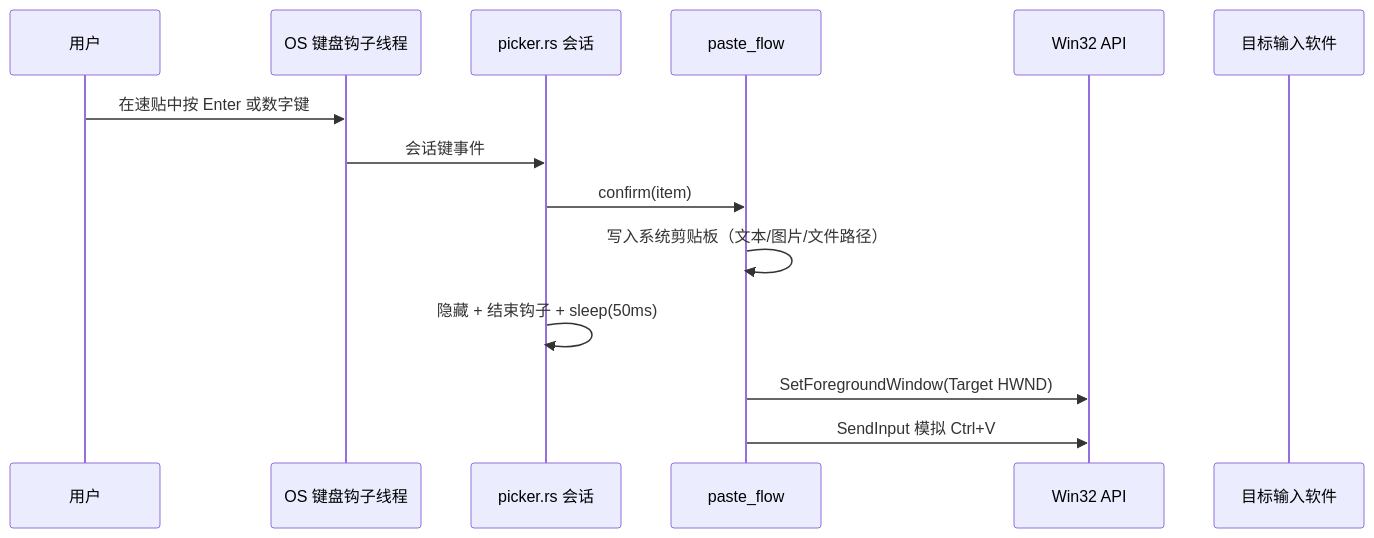
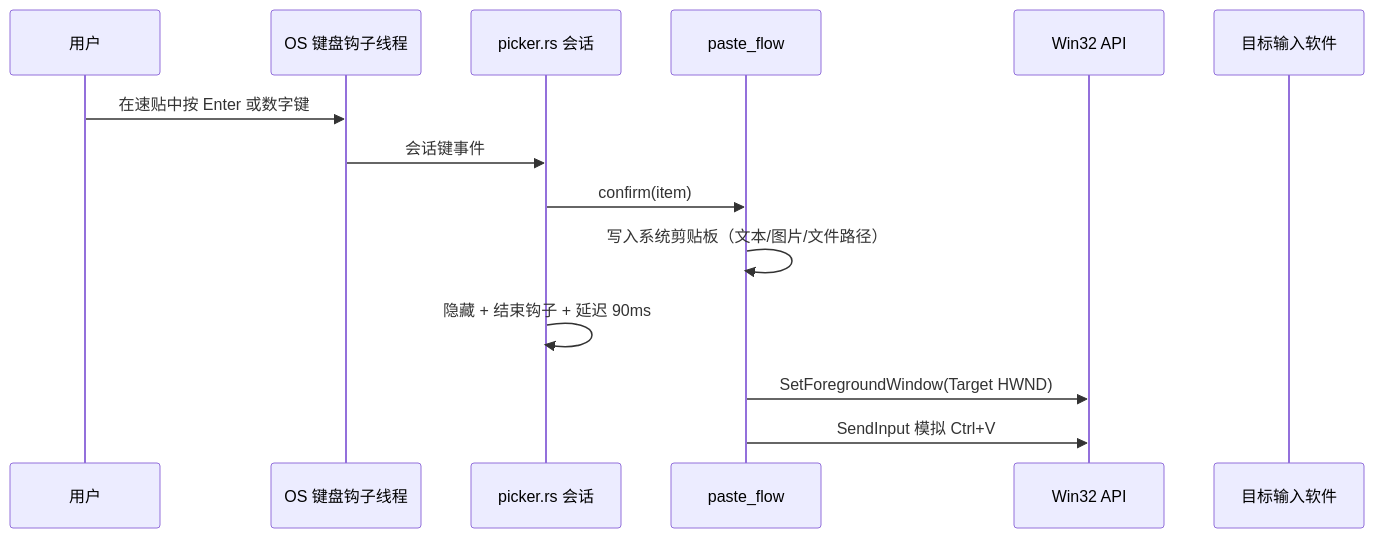
The second of 2 diagrams in docs/no-focus-picker.md (tranquil-w/floatpaste), drawn with Mermaid before and after one commit. The commit also changed other lines of this file and 7 other files, not shown here.

````diff
--- a/docs/no-focus-picker.md
+++ b/docs/no-focus-picker.md
@@ -66,17 +63,17 @@
 ```mermaid
 sequenceDiagram
     participant User as 用户
     participant Hook as OS 键盘钩子线程
     participant Picker as picker.rs 会话
     participant Paste as paste_flow
     participant Win32 as Win32 API
     participant Target as 目标输入软件
 
     User->>Hook: 在速贴中按 Enter 或数字键
     Hook->>Picker: 会话键事件
     Picker->>Paste: confirm(item)
     Paste->>Paste: 写入系统剪贴板（文本/图片/文件路径）
-    Picker->>Picker: 隐藏 + 结束钩子 + sleep(50ms)
+    Picker->>Picker: 隐藏 + 结束钩子 + 延迟 90ms
     Paste->>Win32: SetForegroundWindow(Target HWND)
     Paste->>Win32: SendInput 模拟 Ctrl+V
 ```
````
